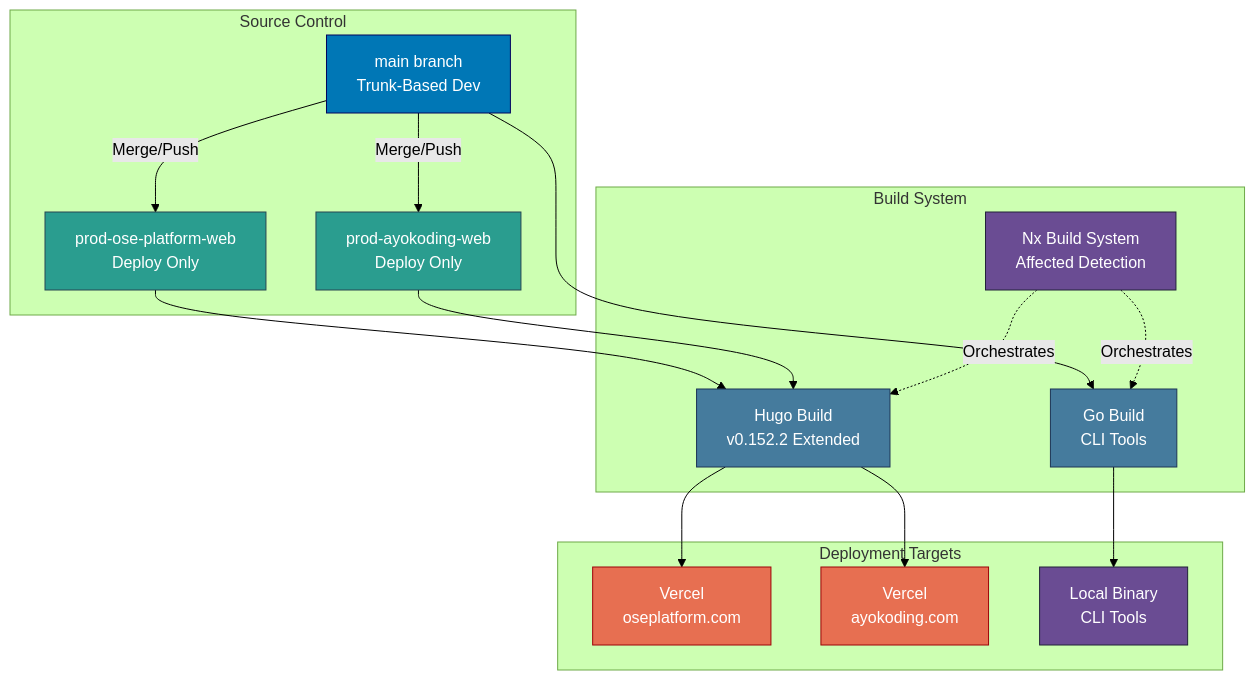
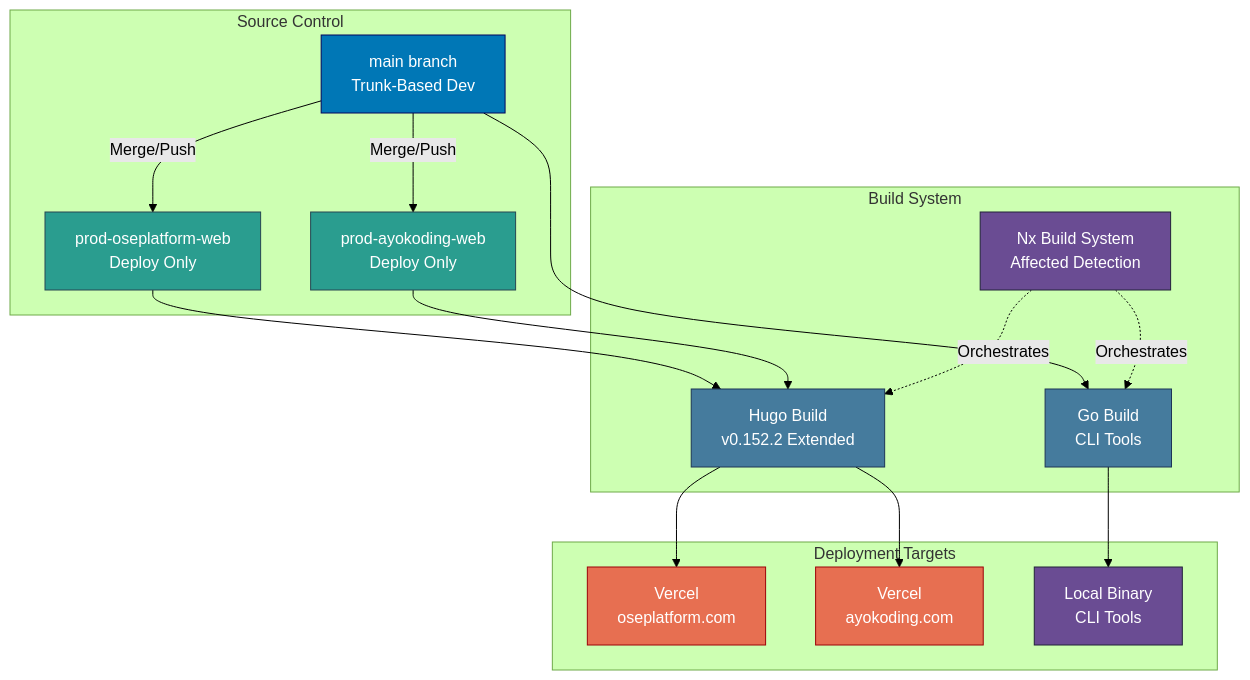
One commit to wahidyankf/open-sharia-enterprise changed diagram 11 of 13 in docs/reference/re__system-architecture.md. Above: the diagram before and after it, drawn with Mermaid (forest theme). The commit also changed other lines of this file and 43 other files, not shown here.

First line of the commit message:
docs: update all ose-platform-web references to oseplatform-web

````diff
--- a/docs/reference/re__system-architecture.md
+++ b/docs/reference/re__system-architecture.md
@@ -629,44 +629,44 @@
 ```mermaid
 graph TB
     subgraph "Source Control"
         MAIN[main branch<br/>Trunk-Based Dev]
-        PROD_OSE[prod-ose-platform-web<br/>Deploy Only]
+        PROD_OSE[prod-oseplatform-web<br/>Deploy Only]
         PROD_AYO[prod-ayokoding-web<br/>Deploy Only]
     end
 
     subgraph "Build System"
         NX_BUILD[Nx Build System<br/>Affected Detection]
         HUGO_BUILD[Hugo Build<br/>v0.152.2 Extended]
         GO_BUILD[Go Build<br/>CLI Tools]
     end
 
     subgraph "Deployment Targets"
         VERCEL_OSE[Vercel<br/>oseplatform.com]
         VERCEL_AYO[Vercel<br/>ayokoding.com]
         LOCAL[Local Binary<br/>CLI Tools]
     end
 
     MAIN -->|Merge/Push| PROD_OSE
     MAIN -->|Merge/Push| PROD_AYO
 
     PROD_OSE --> HUGO_BUILD
     PROD_AYO --> HUGO_BUILD
     MAIN --> GO_BUILD
 
     HUGO_BUILD --> VERCEL_OSE
     HUGO_BUILD --> VERCEL_AYO
     GO_BUILD --> LOCAL
 
     NX_BUILD -.->|Orchestrates| HUGO_BUILD
     NX_BUILD -.->|Orchestrates| GO_BUILD
 
     style MAIN fill:#0077b6,stroke:#03045e,color:#ffffff
     style PROD_OSE fill:#2a9d8f,stroke:#264653,color:#ffffff
     style PROD_AYO fill:#2a9d8f,stroke:#264653,color:#ffffff
     style NX_BUILD fill:#6a4c93,stroke:#22223b,color:#ffffff
     style HUGO_BUILD fill:#457b9d,stroke:#1d3557,color:#ffffff
     style GO_BUILD fill:#457b9d,stroke:#1d3557,color:#ffffff
     style VERCEL_OSE fill:#e76f51,stroke:#9d0208,color:#ffffff
     style VERCEL_AYO fill:#e76f51,stroke:#9d0208,color:#ffffff
     style LOCAL fill:#6a4c93,stroke:#22223b,color:#ffffff
 ```
````
